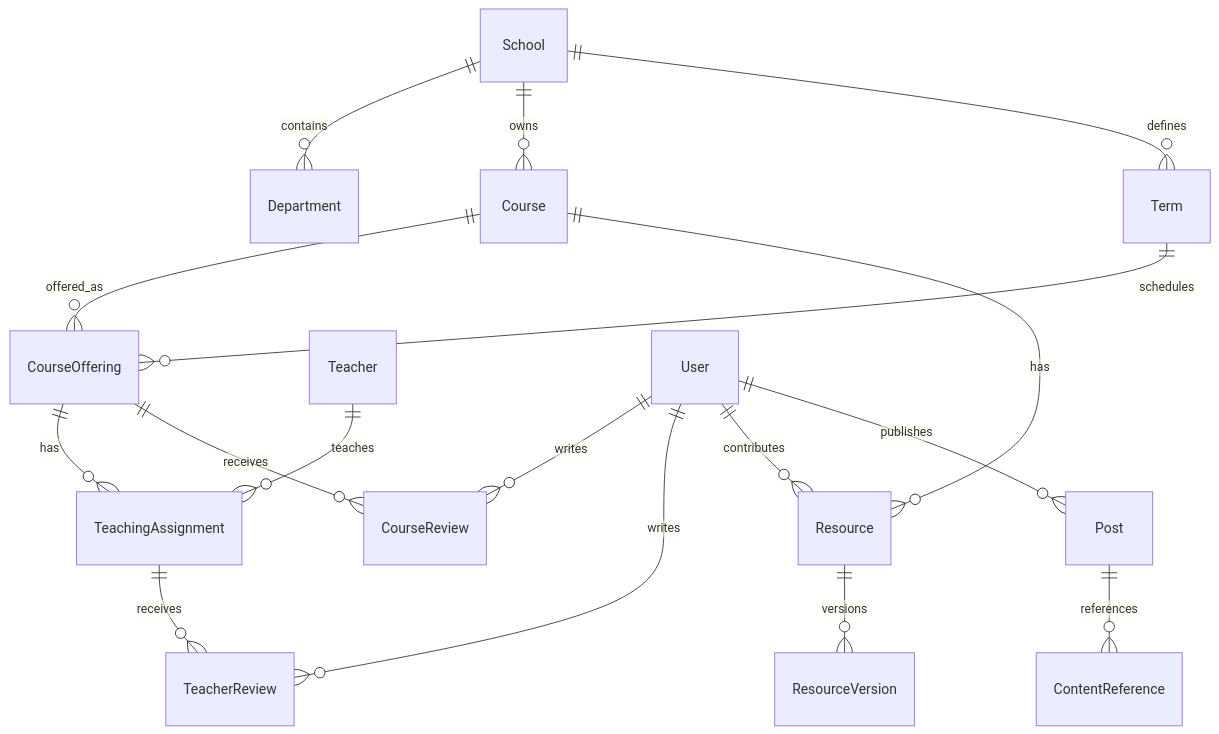
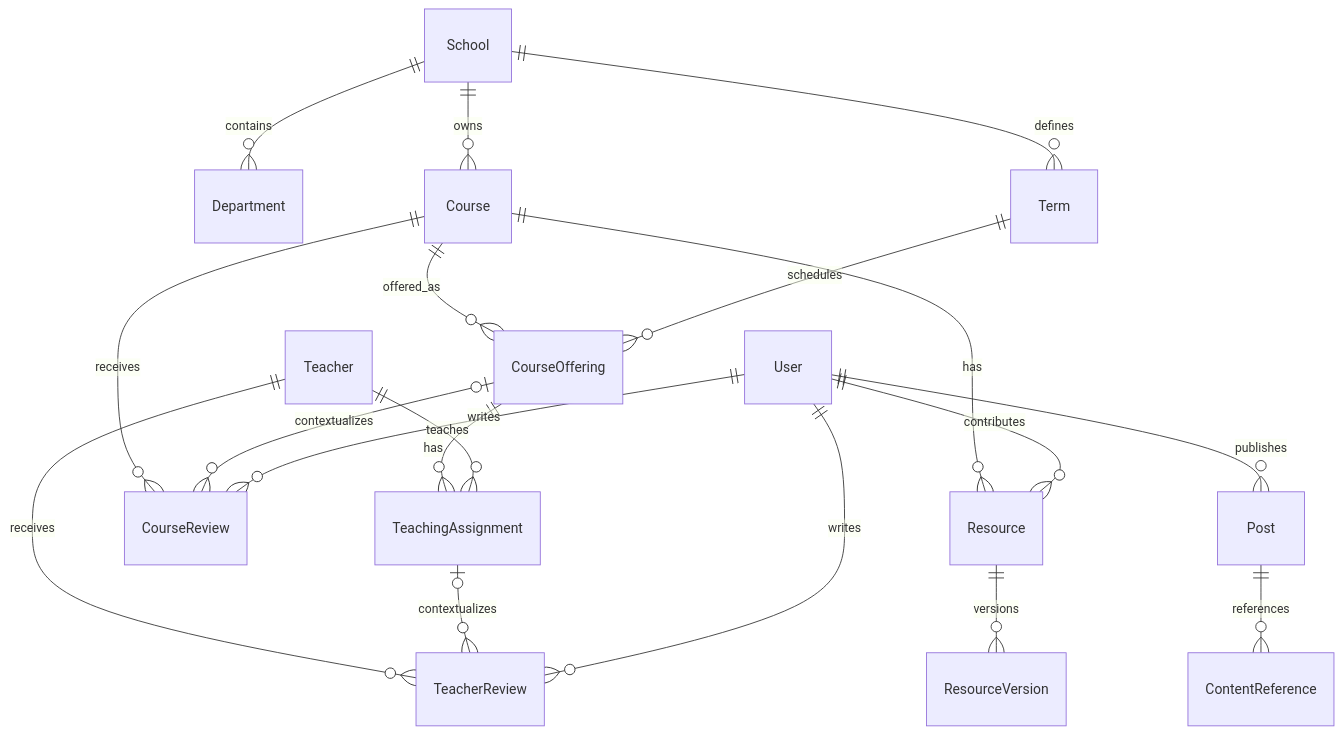
The diagram in docs/design/academic-content.md (StuHelper/stuhelper-next), drawn with Mermaid before and after one commit. The commit also changed other lines of this file and 14 other files, not shown here.

````diff
--- a/docs/design/academic-content.md
+++ b/docs/design/academic-content.md
@@ -17,19 +17,21 @@
 ```mermaid
 erDiagram
   School ||--o{ Department : contains
   School ||--o{ Course : owns
   School ||--o{ Term : defines
   Course ||--o{ CourseOffering : offered_as
   Term ||--o{ CourseOffering : schedules
   CourseOffering ||--o{ TeachingAssignment : has
   Teacher ||--o{ TeachingAssignment : teaches
-  CourseOffering ||--o{ CourseReview : receives
-  TeachingAssignment ||--o{ TeacherReview : receives
+  Course ||--o{ CourseReview : receives
+  CourseOffering |o--o{ CourseReview : contextualizes
+  Teacher ||--o{ TeacherReview : receives
+  TeachingAssignment |o--o{ TeacherReview : contextualizes
   Course ||--o{ Resource : has
   Resource ||--o{ ResourceVersion : versions
   User ||--o{ CourseReview : writes
   User ||--o{ TeacherReview : writes
   User ||--o{ Resource : contributes
   User ||--o{ Post : publishes
   Post ||--o{ ContentReference : references
 ```
````
